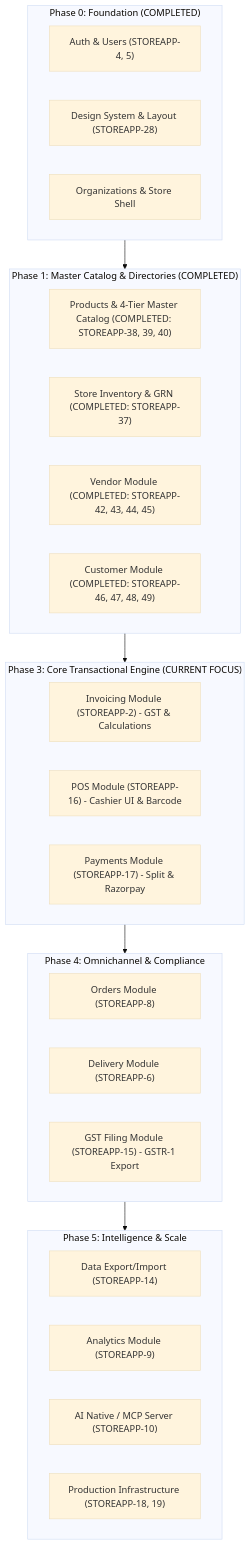
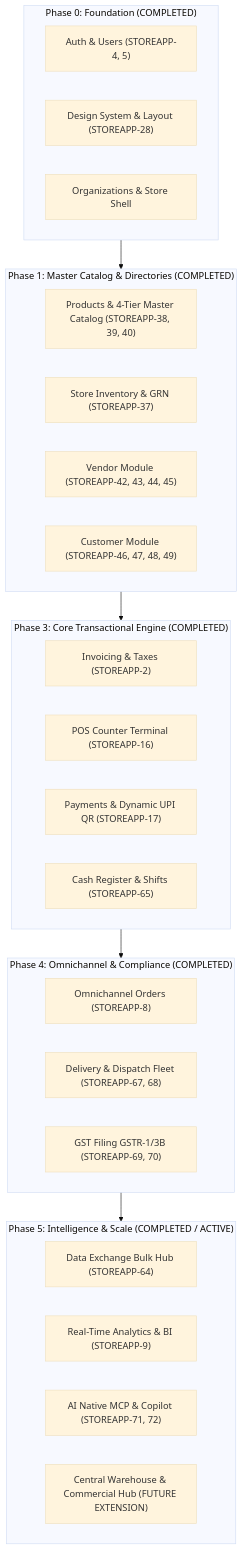
Before and after one commit to kartset/store-app: the diagram in docs/implementation_roadmap_and_module_requirements.md, drawn with Mermaid (base theme). The commit also changed other lines of this file and 4 other files, not shown here.

Commit message:
STOREAPP-73: synchronize local docs and Plane pages with Retail Copilot & MCP Server

````diff
--- a/docs/implementation_roadmap_and_module_requirements.md
+++ b/docs/implementation_roadmap_and_module_requirements.md
@@ -17,39 +16,40 @@
 ```mermaid
 flowchart TD
     subgraph P0 ["Phase 0: Foundation (COMPLETED)"]
         AUTH["Auth & Users (STOREAPP-4, 5)"]
         UI["Design System & Layout (STOREAPP-28)"]
         BASE["Organizations & Store Shell"]
     end
 
     subgraph P1 ["Phase 1: Master Catalog & Directories (COMPLETED)"]
-        PROD["Products & 4-Tier Master Catalog (COMPLETED: STOREAPP-38, 39, 40)"]
-        INV["Store Inventory & GRN (COMPLETED: STOREAPP-37)"]
-        VEND["Vendor Module (COMPLETED: STOREAPP-42, 43, 44, 45)"]
-        CUST["Customer Module (COMPLETED: STOREAPP-46, 47, 48, 49)"]
+        PROD["Products & 4-Tier Master Catalog (STOREAPP-38, 39, 40)"]
+        INV["Store Inventory & GRN (STOREAPP-37)"]
+        VEND["Vendor Module (STOREAPP-42, 43, 44, 45)"]
+        CUST["Customer Module (STOREAPP-46, 47, 48, 49)"]
     end
 
-    subgraph P3 ["Phase 3: Core Transactional Engine (CURRENT FOCUS)"]
-        INVOICE["Invoicing Module (STOREAPP-2) - GST & Calculations"]
-        POS["POS Module (STOREAPP-16) - Cashier UI & Barcode"]
-        PAY["Payments Module (STOREAPP-17) - Split & Razorpay"]
+    subgraph P3 ["Phase 3: Core Transactional Engine (COMPLETED)"]
+        INVOICE["Invoicing & Taxes (STOREAPP-2)"]
+        POS["POS Counter Terminal (STOREAPP-16)"]
+        PAY["Payments & Dynamic UPI QR (STOREAPP-17)"]
+        REG["Cash Register & Shifts (STOREAPP-65)"]
     end
 
-    subgraph P4 ["Phase 4: Omnichannel & Compliance"]
-        ORDERS["Orders Module (STOREAPP-8)"]
-        DELIVERY["Delivery Module (STOREAPP-6)"]
-        GST["GST Filing Module (STOREAPP-15) - GSTR-1 Export"]
+    subgraph P4 ["Phase 4: Omnichannel & Compliance (COMPLETED)"]
+        ORDERS["Omnichannel Orders (STOREAPP-8)"]
+        DELIVERY["Delivery & Dispatch Fleet (STOREAPP-67, 68)"]
+        GST["GST Filing GSTR-1/3B (STOREAPP-69, 70)"]
     end
 
-    subgraph P5 ["Phase 5: Intelligence & Scale"]
-        ETL["Data Export/Import (STOREAPP-14)"]
-        ANALYTICS["Analytics Module (STOREAPP-9)"]
-        MCP["AI Native / MCP Server (STOREAPP-10)"]
-        DEPLOY["Production Infrastructure (STOREAPP-18, 19)"]
+    subgraph P5 ["Phase 5: Intelligence & Scale (COMPLETED / ACTIVE)"]
+        ETL["Data Exchange Bulk Hub (STOREAPP-64)"]
+        ANALYTICS["Real-Time Analytics & BI (STOREAPP-9)"]
+        MCP["AI Native MCP & Copilot (STOREAPP-71, 72)"]
+        WMS["Central Warehouse & Commercial Hub (FUTURE EXTENSION)"]
     end
 
     P0 --> P1
     P1 --> P3
     P3 --> P4
     P4 --> P5
 ```
````
